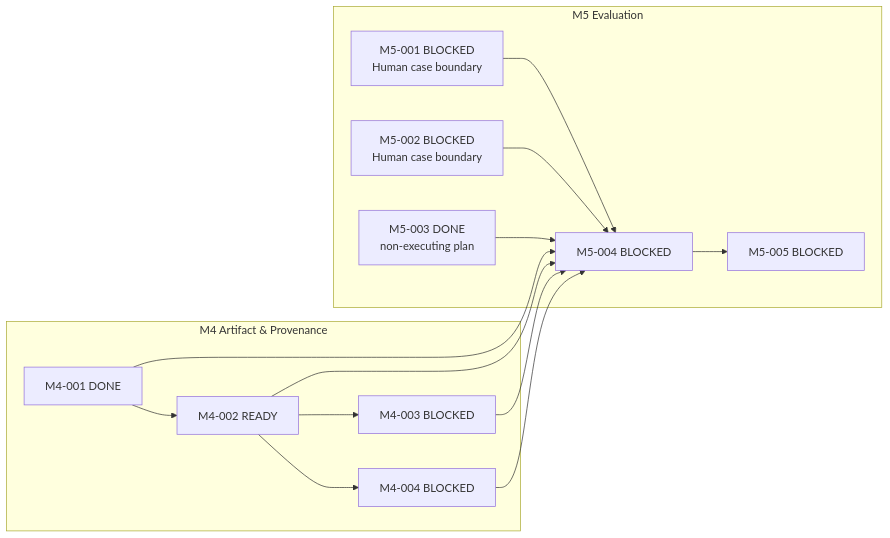
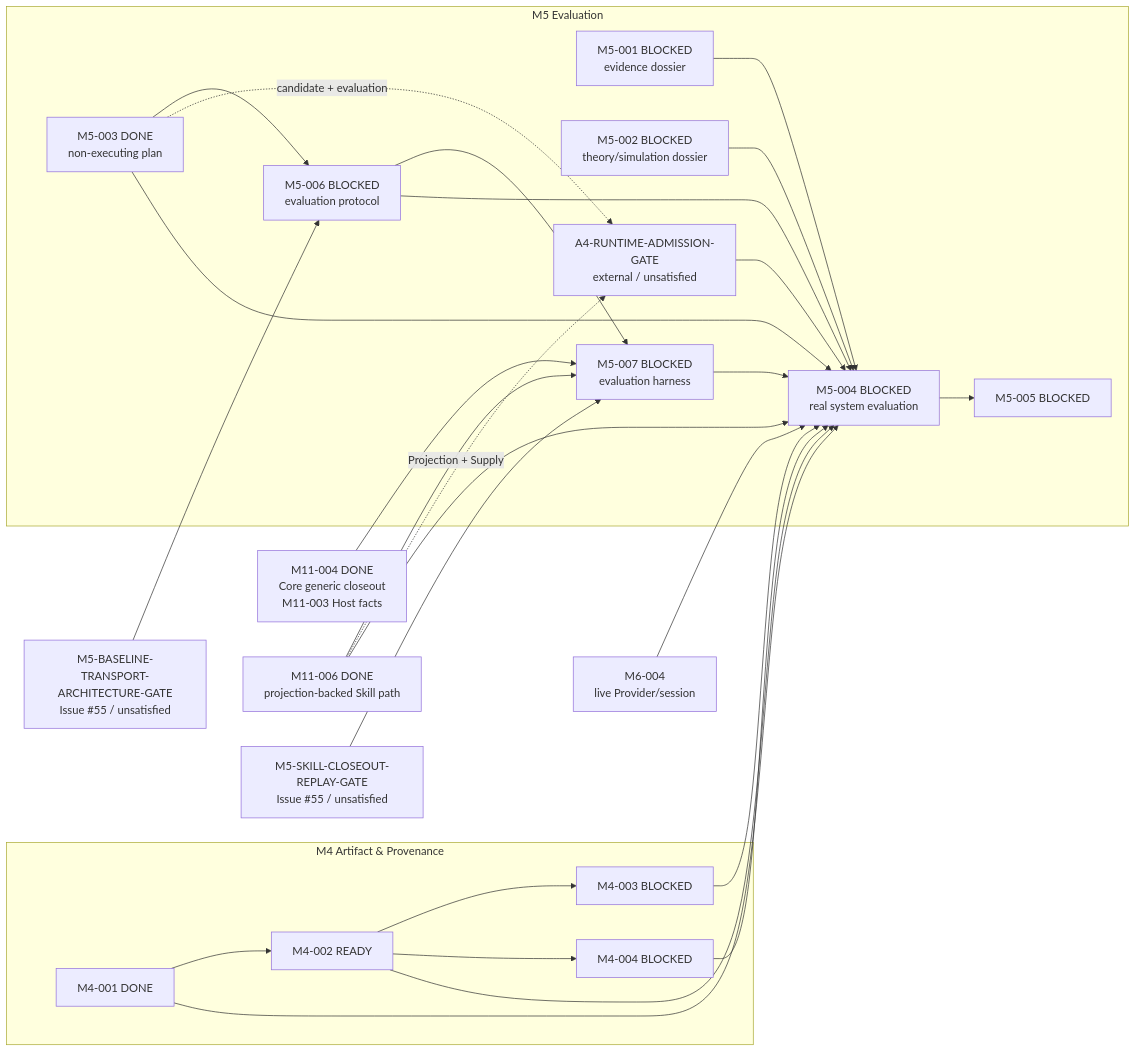
One commit to Chengyue-Lu/research-agent-workbench changed the third of 4 diagrams in docs/M_SERIES_IMPLEMENTATION_MAP.md. Above: the diagram before and after it, drawn with Mermaid. The commit also changed other lines of this file and 9 other files, not shown here.

First line of the commit message:
docs(m5): define system-level evaluation tasks (#53)

````diff
--- a/docs/M_SERIES_IMPLEMENTATION_MAP.md
+++ b/docs/M_SERIES_IMPLEMENTATION_MAP.md
@@ -92,20 +92,33 @@
 ```mermaid
 flowchart LR
     subgraph M4["M4 Artifact & Provenance"]
         M4001["M4-001 DONE"] --> M4002["M4-002 READY"]
         M4002 --> M4003["M4-003 BLOCKED"]
         M4002 --> M4004["M4-004 BLOCKED"]
     end
 
     subgraph M5["M5 Evaluation"]
-        M5001["M5-001 BLOCKED<br/>Human case boundary"] --> M5004["M5-004 BLOCKED"]
-        M5002["M5-002 BLOCKED<br/>Human case boundary"] --> M5004
-        M5003["M5-003 DONE<br/>non-executing plan"] --> M5004
+        M5001["M5-001 BLOCKED<br/>evidence dossier"] --> M5004["M5-004 BLOCKED<br/>real system evaluation"]
+        M5002["M5-002 BLOCKED<br/>theory/simulation dossier"] --> M5004
+        M5003["M5-003 DONE<br/>non-executing plan"] --> M5006["M5-006 BLOCKED<br/>evaluation protocol"]
+        M5006 --> M5007["M5-007 BLOCKED<br/>evaluation harness"]
+        M5003 -. "candidate + evaluation" .-> A4G["A4-RUNTIME-ADMISSION-GATE<br/>external / unsatisfied"]
+        A4G --> M5004
+        M5003 --> M5004
+        M5006 --> M5004
+        M5007 --> M5004
         M5004 --> M5005["M5-005 BLOCKED"]
     end
 
     M4001 --> M5004
     M4002 --> M5004
     M4003 --> M5004
     M4004 --> M5004
+    BTG["M5-BASELINE-TRANSPORT-ARCHITECTURE-GATE<br/>Issue #55 / unsatisfied"] --> M5006
+    M1104["M11-004 DONE<br/>Core generic closeout<br/>M11-003 Host facts"] --> M5007
+    M1106["M11-006 DONE<br/>projection-backed Skill path"] --> M5007
+    SCG["M5-SKILL-CLOSEOUT-REPLAY-GATE<br/>Issue #55 / unsatisfied"] --> M5007
+    M1106 -. "Projection + Supply" .-> A4G
+    M1106 --> M5004
+    M6004["M6-004<br/>live Provider/session"] --> M5004
 ```
````
